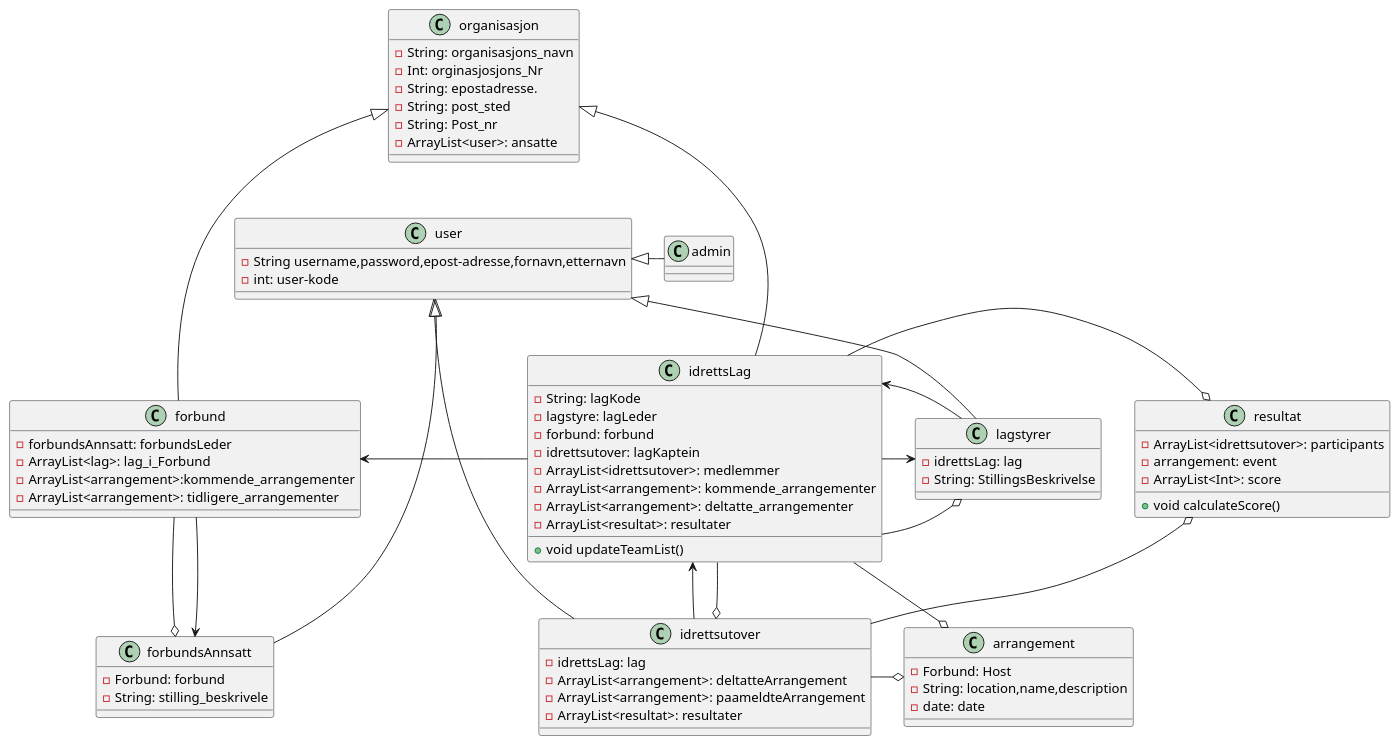
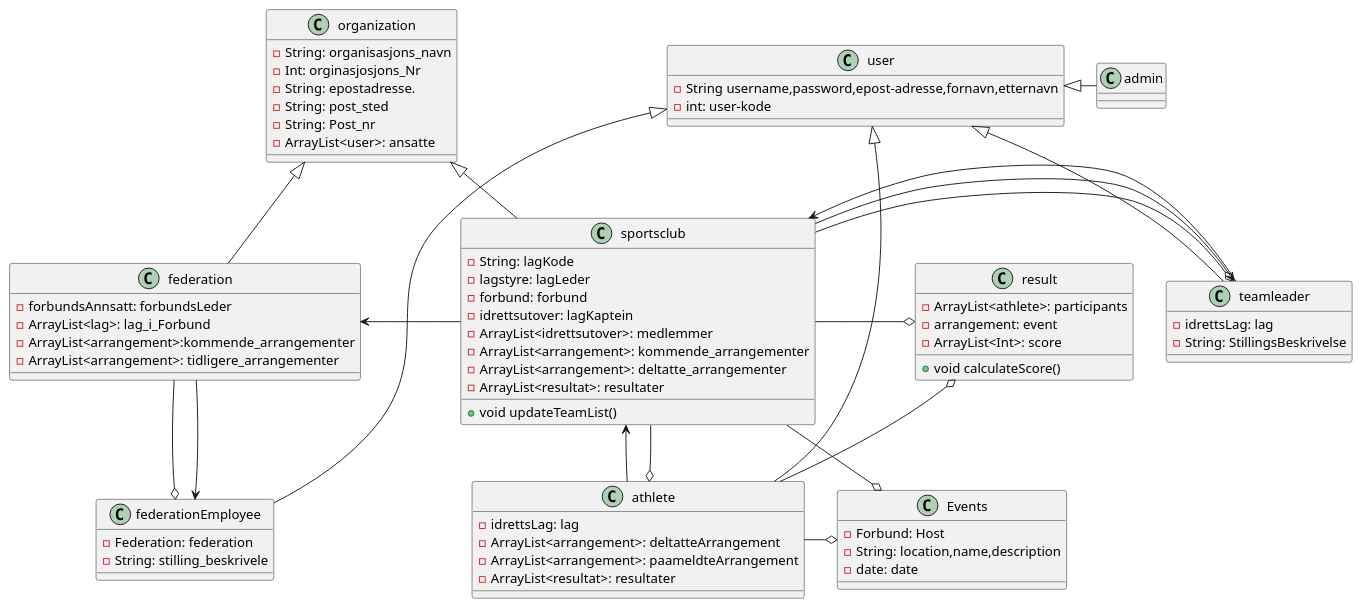
Before and after one commit to tobbibias/GruppeOppgaven-H2019-Gruppe-11: the diagram in uml/classeDiagram/ClasseDiagram_12_10.puml, drawn with PlantUML. The commit also changed 2 other files, not shown here.

Commit message:
redigerte classediagram
bytta fra norsk til engelsk

```diff
--- a/uml/classeDiagram/ClasseDiagram_12_10.puml
+++ b/uml/classeDiagram/ClasseDiagram_12_10.puml
@@ -1,98 +1,98 @@
 @startuml
 class user{
     -String username,password,epost-adresse,fornavn,etternavn
     -int: user-kode
 }
-Class organisasjon{
+Class organization{
     -String: organisasjons_navn
     -Int: orginasjosjons_Nr
     -String: epostadresse.
     -String: post_sted
     -String: Post_nr
     -ArrayList<user>: ansatte
 }
 
-class idrettsutover{
+class athlete{
     -idrettsLag: lag
     -ArrayList<arrangement>: deltatteArrangement
     -ArrayList<arrangement>: paameldteArrangement
     -ArrayList<resultat>: resultater
 }
 
 
-class idrettsLag{
+class sportsclub{
     -String: lagKode
     -lagstyre: lagLeder
     -forbund: forbund
     -idrettsutover: lagKaptein
     -ArrayList<idrettsutover>: medlemmer
     -ArrayList<arrangement>: kommende_arrangementer
     -ArrayList<arrangement>: deltatte_arrangementer
     -ArrayList<resultat>: resultater
     +void updateTeamList()
 }
 
 
-class lagstyrer{
+class teamleader{
      -idrettsLag: lag
      -String: StillingsBeskrivelse
 
 }
 
 
-class forbund{
+class federation{
     -forbundsAnnsatt: forbundsLeder
     -ArrayList<lag>: lag_i_Forbund
     -ArrayList<arrangement>:kommende_arrangementer
     -ArrayList<arrangement>: tidligere_arrangementer
 }
 
-class forbundsAnnsatt{
-    -Forbund: forbund
+class federationEmployee{
+    -Federation: federation
     -String: stilling_beskrivele
 }
 
-class arrangement{
+class Events{
     -Forbund: Host
     -String: location,name,description
     -date: date
 }
 
 class admin{
 
 }
-class resultat{
-    -ArrayList<idrettsutover>: participants
+class result{
+    -ArrayList<athlete>: participants
     -arrangement: event
     -ArrayList<Int>: score
     +void calculateScore()
 }
 
 
-idrettsutover -up-|> user
-idrettsutover -left-> idrettsLag
-idrettsutover -up-o resultat
-idrettsutover -right-o arrangement
+athlete -up-|> user
+athlete -left-> sportsclub
+athlete -up-o result
+athlete -right-o Events
 
-idrettsLag -up-|> organisasjon
-idrettsLag --o idrettsutover
-idrettsLag -right-o lagstyrer
-idrettsLag -right-> lagstyrer
-idrettsLag --o arrangement
-idrettsLag -left-> forbund
-idrettsLag -right-o resultat
+sportsclub -up-|> organization
+sportsclub --o athlete
+sportsclub -right-o teamleader
+sportsclub -right-> teamleader
+sportsclub --o Events
+sportsclub -left-> federation
+sportsclub -right-o result
 
 
-lagstyrer -up-|> user
-lagstyrer -right-> idrettsLag
+teamleader -up-|> user
+teamleader -right-> sportsclub
 
 
-forbund --o forbundsAnnsatt
-forbund --> forbundsAnnsatt
+federation --o federationEmployee
+federation --> federationEmployee
 
-forbundsAnnsatt -up-|> user
+federationEmployee -up-|> user
 admin -left-|> user
 
 
-forbund -up--|> organisasjon
+federation -up-|> organization
 @enduml
```
